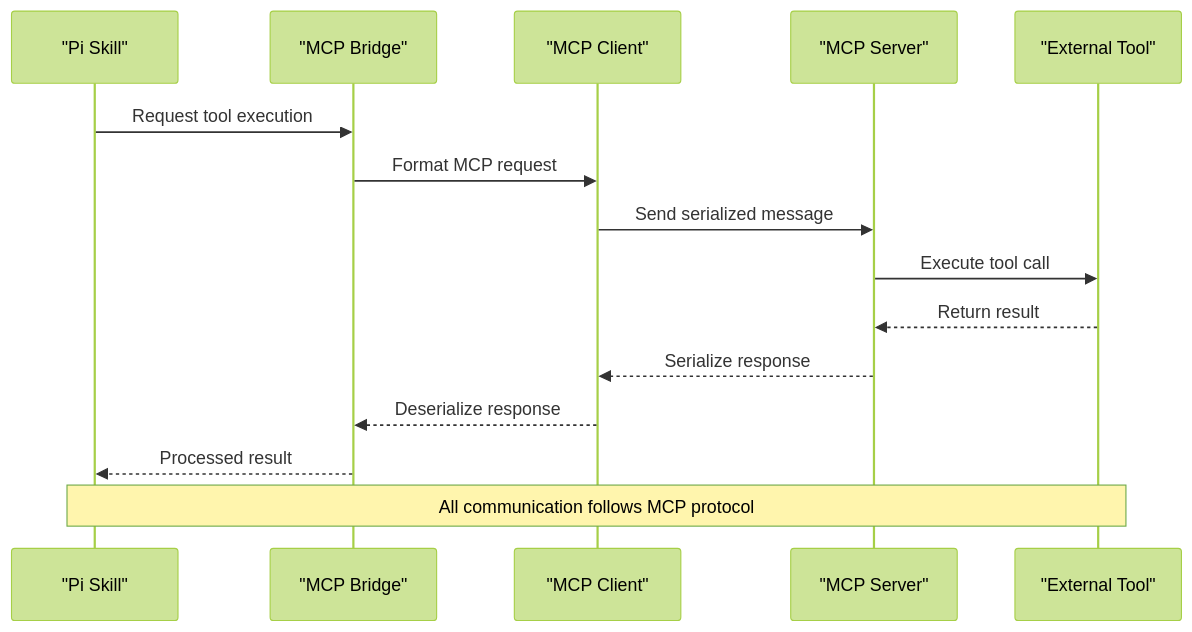
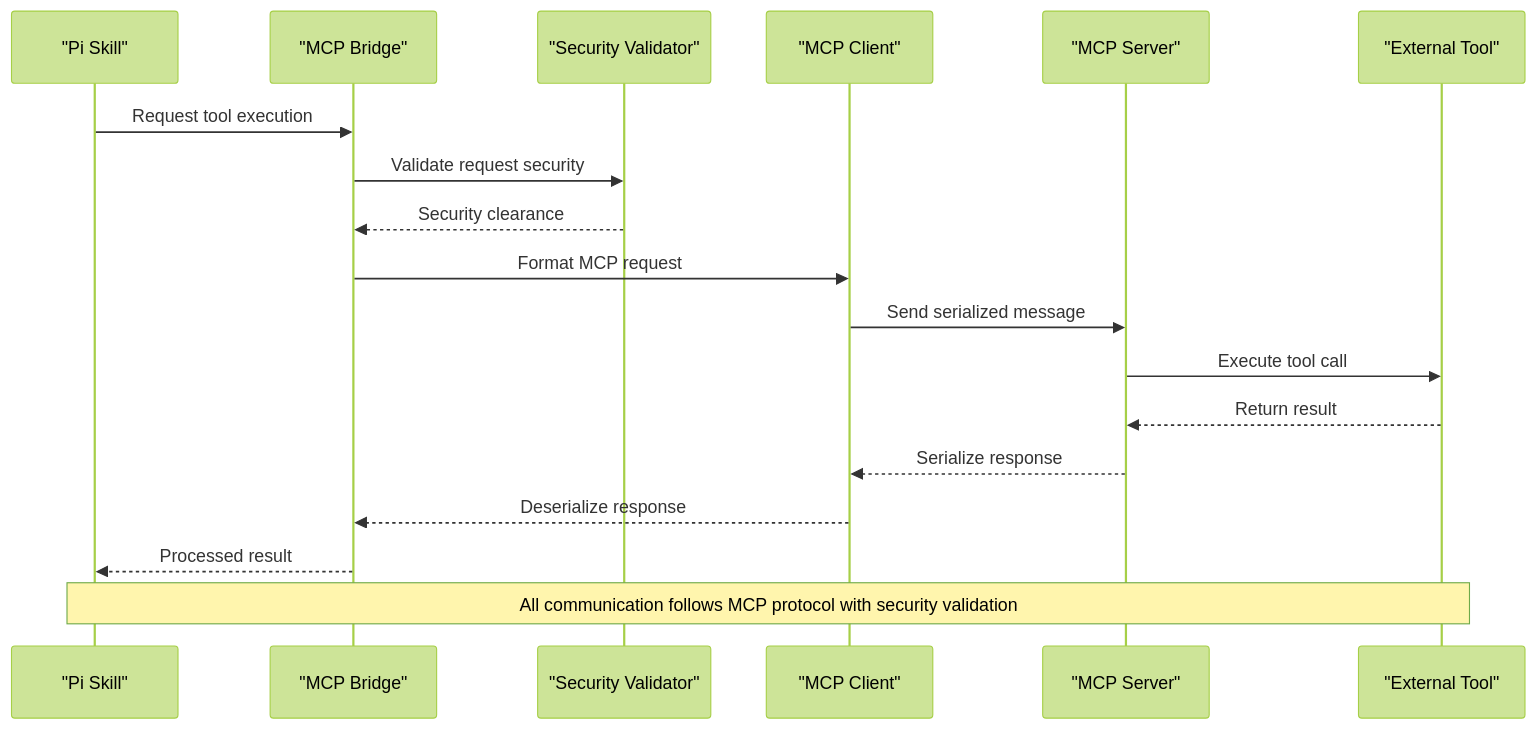
Before and after one commit to Sherlock-Shi/pi-codex-kit: the second of 5 diagrams in .qoder/repowiki/en/content/Core Architecture/MCP Server Integration.md, drawn with Mermaid (forest theme). The commit also changed other lines of this file and 47 other files, not shown here.

````diff
--- a/.qoder/repowiki/en/content/Core Architecture/MCP Server Integration.md
+++ b/.qoder/repowiki/en/content/Core Architecture/MCP Server Integration.md
@@ -119,17 +140,20 @@
 ```mermaid
 sequenceDiagram
 participant Skill as "Pi Skill"
 participant Bridge as "MCP Bridge"
+participant Security as "Security Validator"
 participant Client as "MCP Client"
 participant Server as "MCP Server"
 participant Tool as "External Tool"
 Skill->>Bridge : Request tool execution
+Bridge->>Security : Validate request security
+Security-->>Bridge : Security clearance
 Bridge->>Client : Format MCP request
 Client->>Server : Send serialized message
 Server->>Tool : Execute tool call
 Tool-->>Server : Return result
 Server-->>Client : Serialize response
 Client-->>Bridge : Deserialize response
 Bridge-->>Skill : Processed result
-Note over Skill,Tool : All communication follows MCP protocol
+Note over Skill,Tool : All communication follows MCP protocol with security validation
 ```
````
